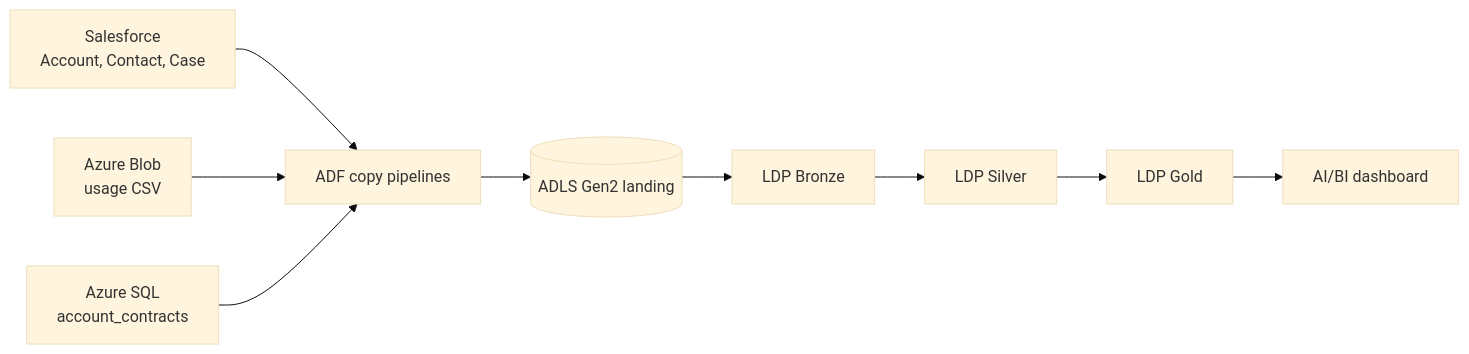
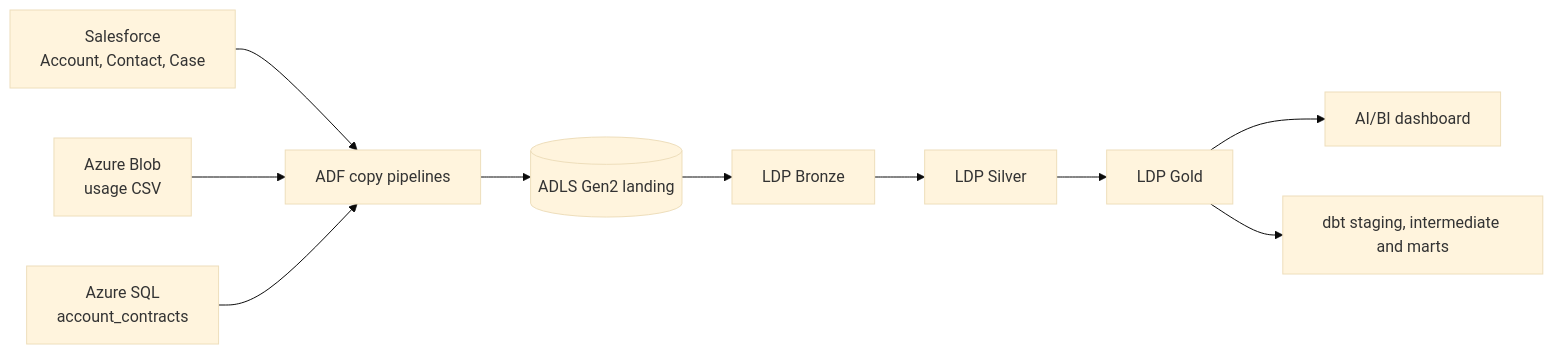
The diagram in README.md (AiEnthu2026/salesforce-lakehouse), drawn with Mermaid (base theme) before and after one commit. The commit also changed other lines of this file and 1 other file, not shown here.

Commit message:
dbt-setup: update READMEs with marts, snapshot and write-denied proof

````diff
--- a/README.md
+++ b/README.md
@@ -16,9 +16,10 @@
 ```mermaid
 flowchart LR
   A[Salesforce<br/>Account, Contact, Case] --> D[ADF copy pipelines]
   B[Azure Blob<br/>usage CSV] --> D
   C[Azure SQL<br/>account_contracts] --> D
   D --> E[(ADLS Gen2 landing)]
   E --> F[LDP Bronze] --> G[LDP Silver] --> H[LDP Gold]
   H --> I[AI/BI dashboard]
+  H --> J[dbt staging, intermediate and marts]
 ```
````
